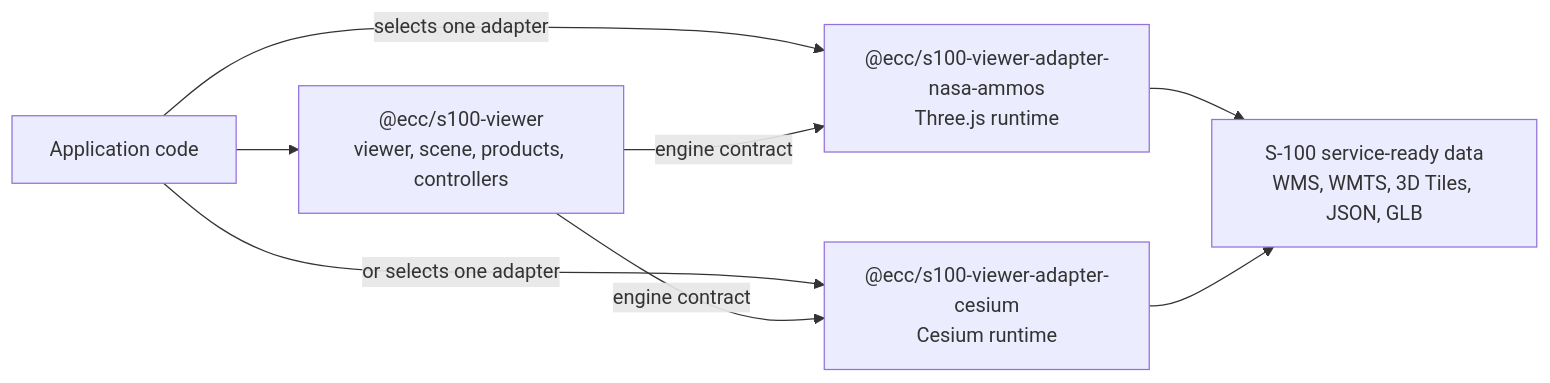
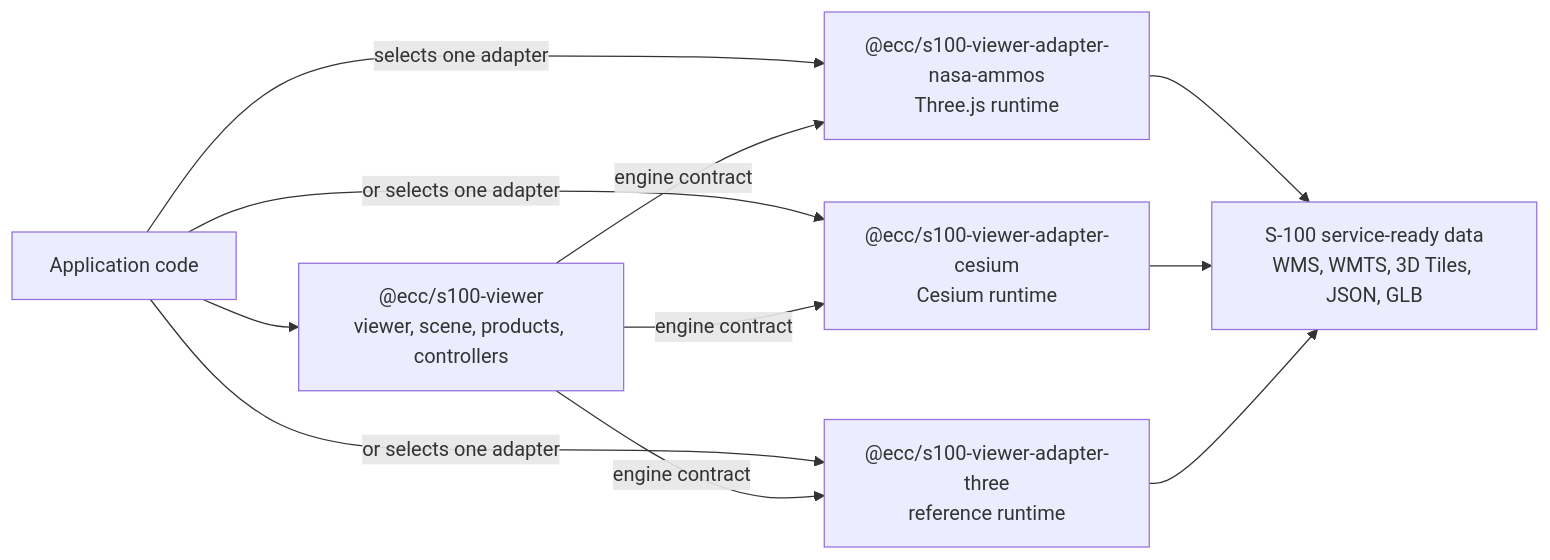
One commit to ElectronicChartCentre/ecc-s100-lib changed the first of 5 diagrams in docs/learn/engine-switcher-practical-guide.md. Above: the diagram before and after it, drawn with Mermaid. The commit also changed other lines of this file and 24 other files, not shown here.

````diff
--- a/docs/learn/engine-switcher-practical-guide.md
+++ b/docs/learn/engine-switcher-practical-guide.md
@@ -66,16 +70,20 @@
 ```mermaid
 flowchart LR
   App["Application code"]
   Core["@ecc/s100-viewer<br/>viewer, scene, products, controllers"]
   Nasa["@ecc/s100-viewer-adapter-nasa-ammos<br/>Three.js runtime"]
   Cesium["@ecc/s100-viewer-adapter-cesium<br/>Cesium runtime"]
+  Three["@ecc/s100-viewer-adapter-three<br/>reference runtime"]
   Services["S-100 service-ready data<br/>WMS, WMTS, 3D Tiles, JSON, GLB"]
 
   App --> Core
   App -->|"selects one adapter"| Nasa
   App -->|"or selects one adapter"| Cesium
+  App -->|"or selects one adapter"| Three
   Core -->|"engine contract"| Nasa
   Core -->|"engine contract"| Cesium
+  Core -->|"engine contract"| Three
   Nasa --> Services
   Cesium --> Services
+  Three --> Services
 ```
````
